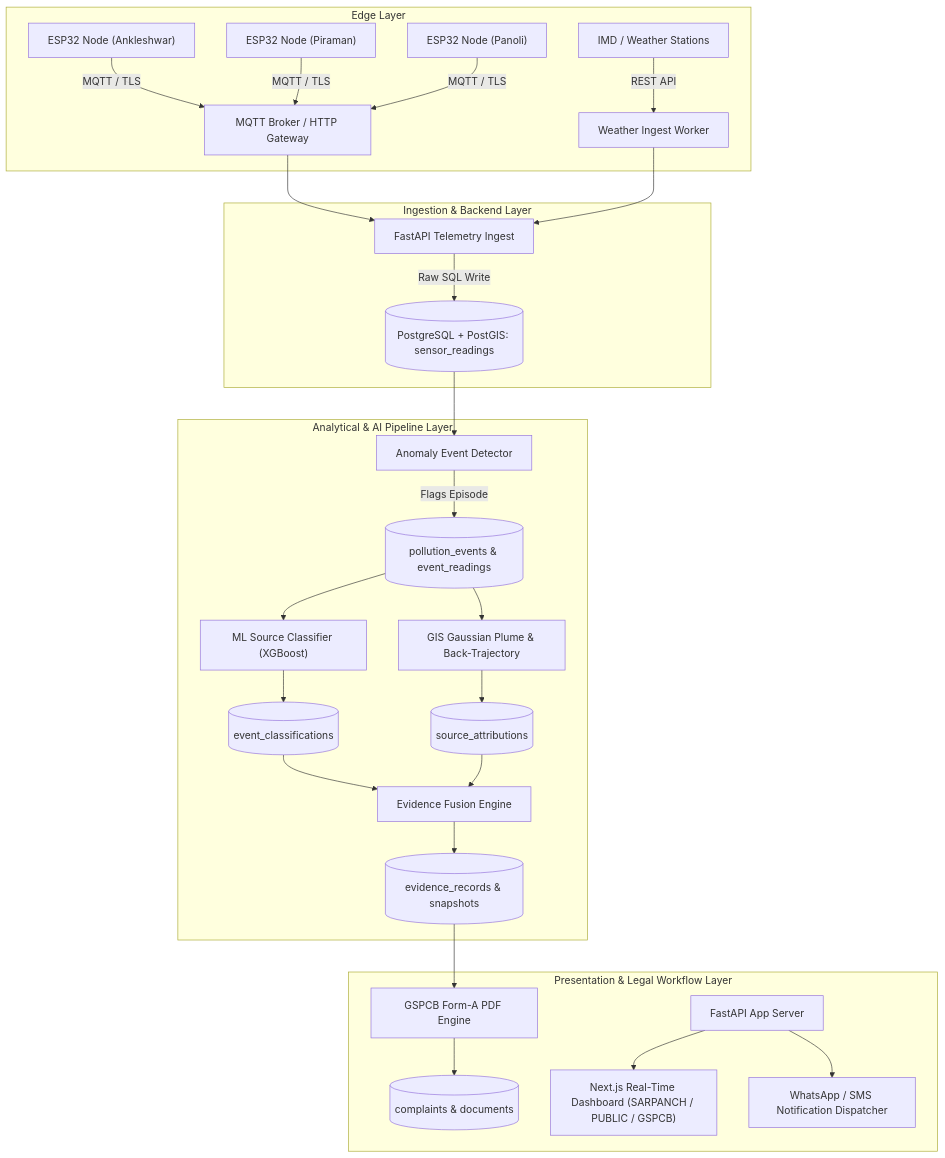
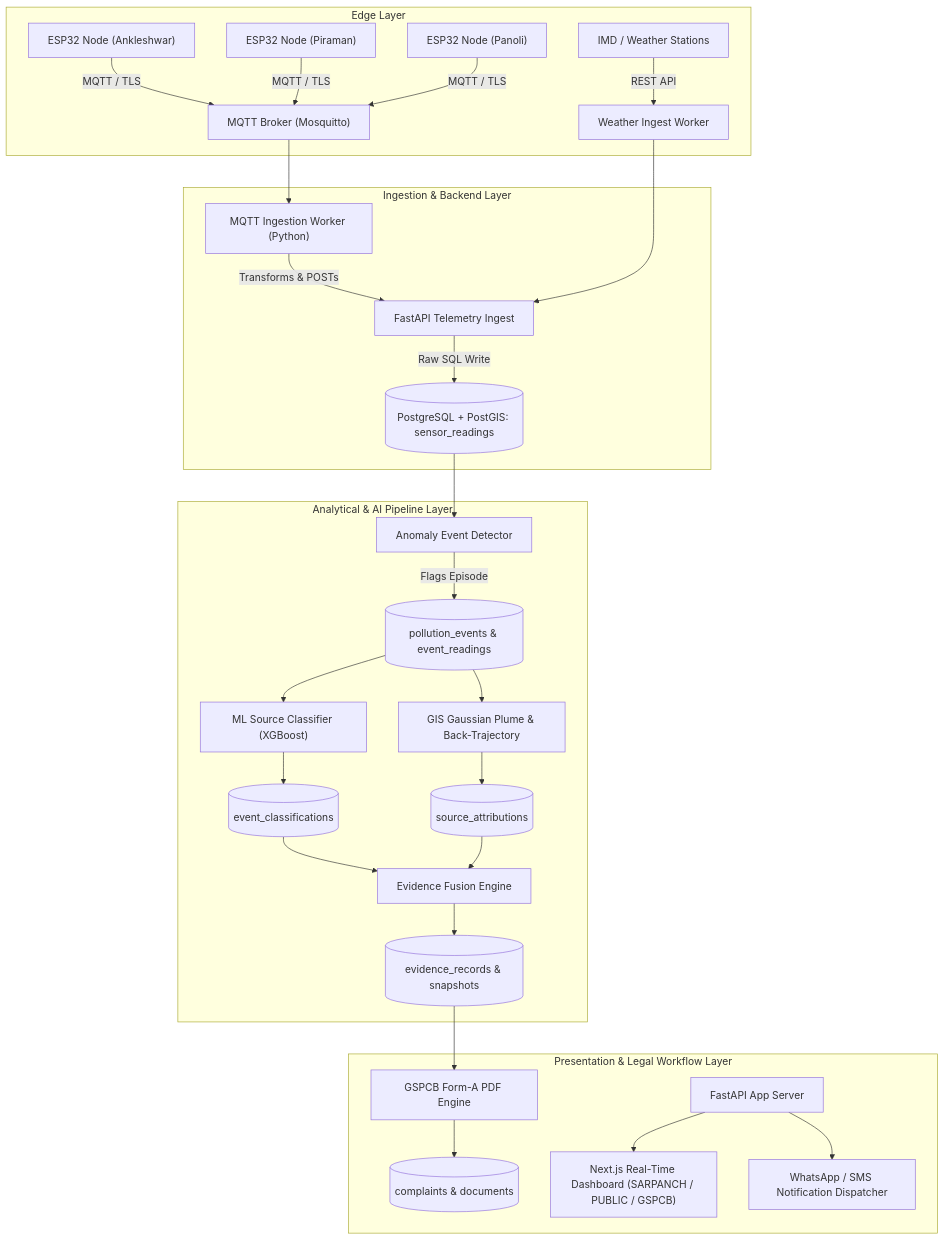
One commit to Neev-21/HPEE changed the diagram in docs/SYSTEM_ARCHITECTURE.md. Above: the diagram before and after it, drawn with Mermaid. The commit also changed 18 other files, not shown here.

First line of the commit message:
feat: Refactor configuration and add ingestion worker

````diff
--- a/docs/SYSTEM_ARCHITECTURE.md
+++ b/docs/SYSTEM_ARCHITECTURE.md
@@ -9,34 +9,35 @@
 ```mermaid
 graph TD
     subgraph Edge Layer
-        Node1["ESP32 Node (Ankleshwar)"] -->|MQTT / TLS| Broker["MQTT Broker / HTTP Gateway"]
+        Node1["ESP32 Node (Ankleshwar)"] -->|MQTT / TLS| Broker["MQTT Broker (Mosquitto)"]
         Node2["ESP32 Node (Piraman)"] -->|MQTT / TLS| Broker
         Node3["ESP32 Node (Panoli)"] -->|MQTT / TLS| Broker
         IMD["IMD / Weather Stations"] -->|REST API| WeatherIngest["Weather Ingest Worker"]
     end
 
     subgraph Ingestion & Backend Layer
-        Broker --> IngestAPI["FastAPI Telemetry Ingest"]
+        Broker --> MQTTWorker["MQTT Ingestion Worker (Python)"]
+        MQTTWorker -->|Transforms & POSTs| IngestAPI["FastAPI Telemetry Ingest"]
         WeatherIngest --> IngestAPI
         IngestAPI -->|Raw SQL Write| RawDB[(PostgreSQL + PostGIS: sensor_readings)]
     end
 
     subgraph Analytical & AI Pipeline Layer
         RawDB --> AnomalyEngine["Anomaly Event Detector"]
         AnomalyEngine -->|Flags Episode| EventDB[(pollution_events & event_readings)]
         EventDB --> Classifier["ML Source Classifier (XGBoost)"]
         EventDB --> TrajectoryEngine["GIS Gaussian Plume & Back-Trajectory"]
         Classifier --> DerivedDB[(event_classifications)]
         TrajectoryEngine --> DerivedDB2[(source_attributions)]
         DerivedDB --> EvidenceEngine["Evidence Fusion Engine"]
         DerivedDB2 --> EvidenceEngine
         EvidenceEngine --> EvidenceDB[(evidence_records & snapshots)]
     end
 
     subgraph Presentation & Legal Workflow Layer
         EvidenceDB --> ComplaintEngine["GSPCB Form-A PDF Engine"]
         ComplaintEngine --> ComplaintDB[(complaints & documents)]
         FastAPI["FastAPI App Server"] --> NextJS["Next.js Real-Time Dashboard (SARPANCH / PUBLIC / GSPCB)"]
         FastAPI --> AlertService["WhatsApp / SMS Notification Dispatcher"]
     end
 ```
````
